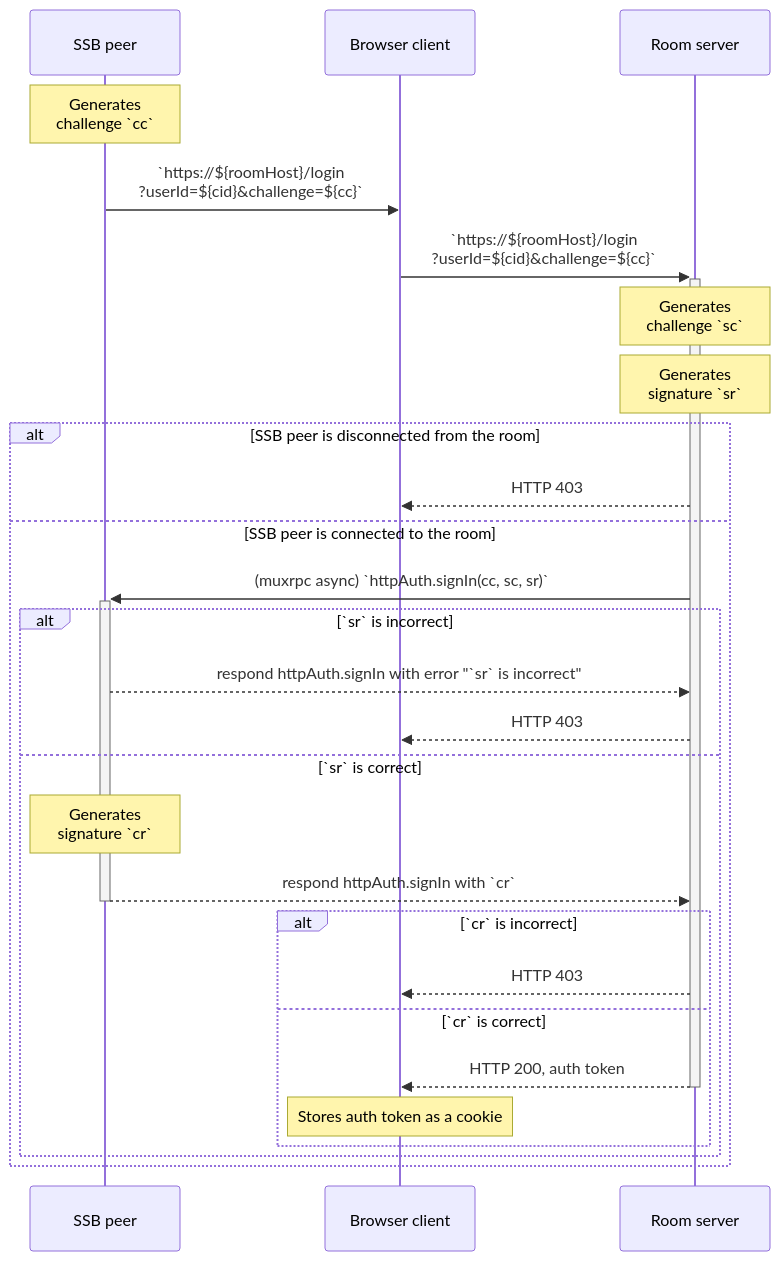
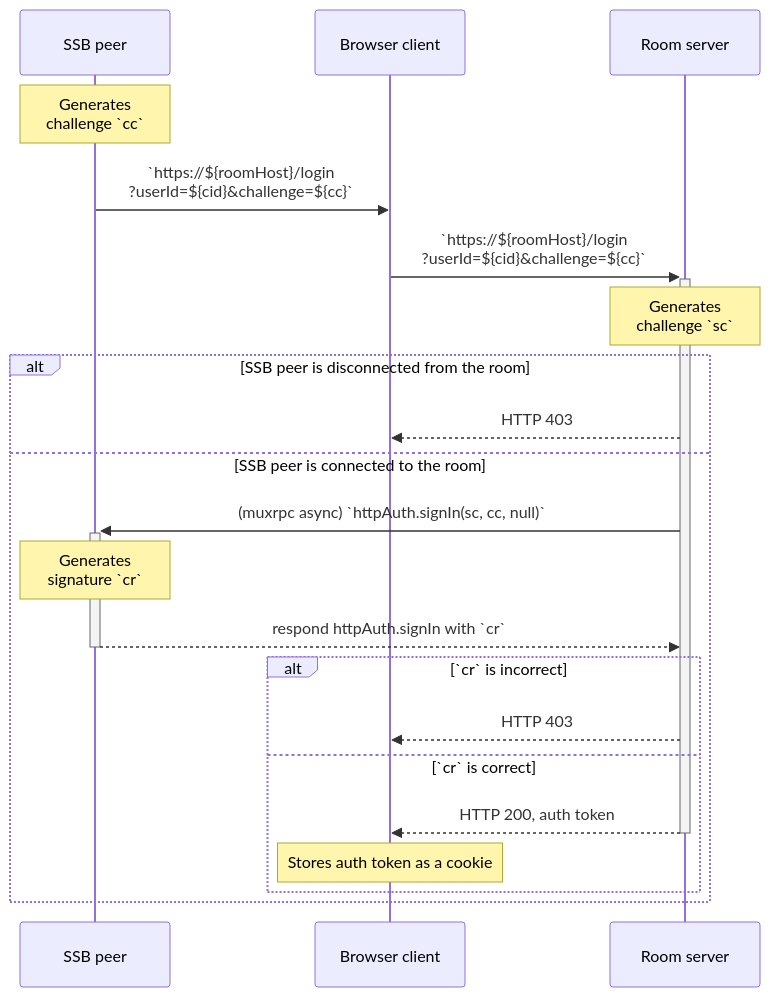
The first of 4 diagrams in docs/Setup/Sign-in with SSB.md (ssbc/rooms2), drawn with Mermaid before and after one commit. The commit also changed other lines of this file, not shown here.

Commit message:
consolidate UML diagrams for sign-in with ssb

````diff
--- a/docs/Setup/Sign-in with SSB.md
+++ b/docs/Setup/Sign-in with SSB.md
@@ -33,30 +33,24 @@
 ```mermaid
 sequenceDiagram
   participant Umux as SSB peer
   participant Uweb as Browser client
   participant R as Room server
 
   note over Umux: Generates<br/>challenge `cc`
   Umux->>Uweb: `https://${roomHost}/login<br/>?userId=${cid}&challenge=${cc}`
   Uweb->>+R: `https://${roomHost}/login<br/>?userId=${cid}&challenge=${cc}`
   Note over R: Generates<br/>challenge `sc`
-  Note over R: Generates<br/>signature `sr`
   alt SSB peer is disconnected from the room
     R-->>Uweb: HTTP 403
   else SSB peer is connected to the room
-    R->>+Umux: (muxrpc async) `httpAuth.signIn(cc, sc, sr)`
-    alt `sr` is incorrect
-      Umux-->>R: respond httpAuth.signIn with error "`sr` is incorrect"
+    R->>+Umux: (muxrpc async) `httpAuth.signIn(sc, cc, null)`
+    Note over Umux: Generates<br/>signature `cr`
+    Umux-->>-R: respond httpAuth.signIn with `cr`
+    alt `cr` is incorrect
       R-->>Uweb: HTTP 403
-    else `sr` is correct
-      Note over Umux: Generates<br/>signature `cr`
-      Umux-->>-R: respond httpAuth.signIn with `cr`
-      alt `cr` is incorrect
-        R-->>Uweb: HTTP 403
-      else `cr` is correct
-        R-->>-Uweb: HTTP 200, auth token
-        Note over Uweb: Stores auth token as a cookie
-      end
+    else `cr` is correct
+      R-->>-Uweb: HTTP 200, auth token
+      Note over Uweb: Stores auth token as a cookie
     end
   end
 ```
````
